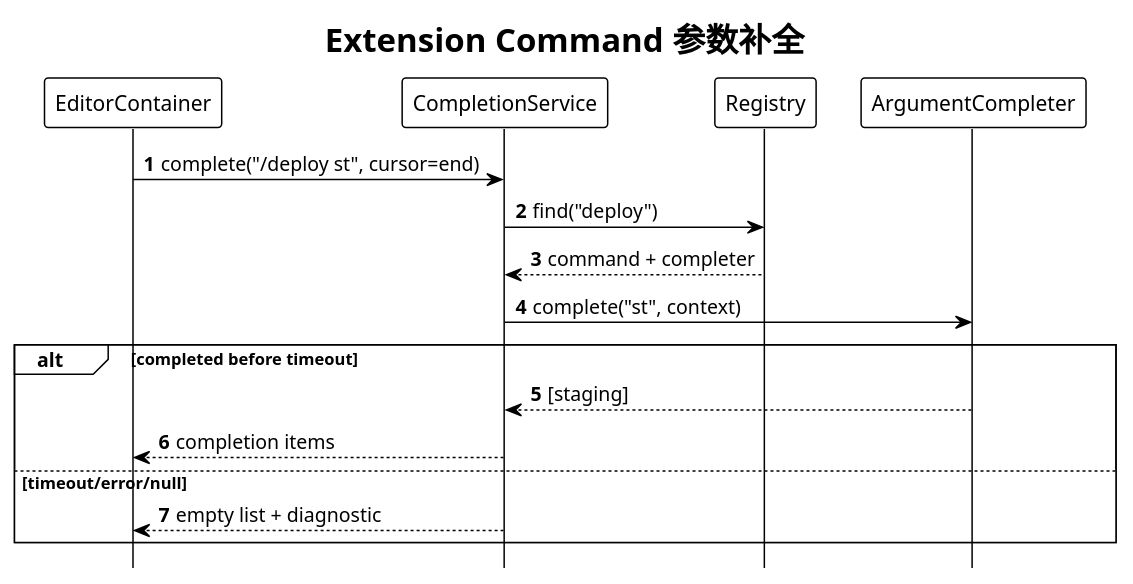
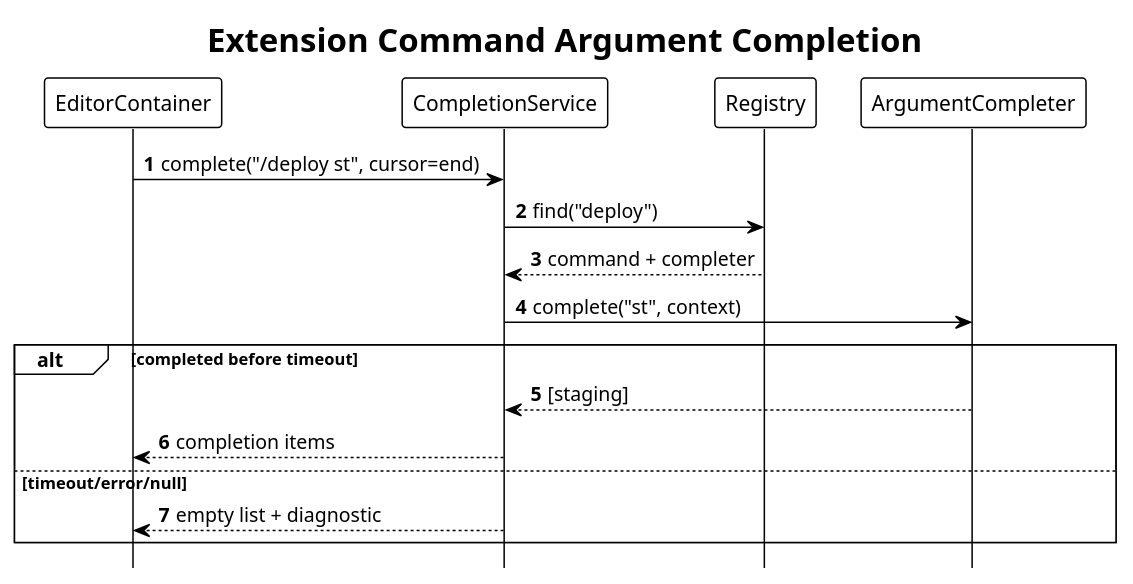
Before and after one commit to superheromeZzh/pi-mono-java-design: diagram 13 of 20 in diagrams/extension-command/diagram.puml, drawn with PlantUML. The commit also changed other lines of this file and 48 other files, not shown here.

Commit message:
docs: require English PlantUML diagrams

```diff
--- a/diagrams/extension-command/diagram.puml
+++ b/diagrams/extension-command/diagram.puml
@@ -472,29 +472,29 @@
 @startuml 13-argument-completion
 ' pi source: packages/coding-agent/src/core/extensions/types.ts:1097-1103
 ' pi source: packages/tui/src/autocomplete.ts:333-358
 ' Design reason: isolate completer timeout/error/null and discard results that cannot safely update the editor.
 !theme plain
 !pragma layout smetana
-skinparam defaultFontName "PingFang SC"
+skinparam defaultFontName "SansSerif"
 skinparam shadowing false
 skinparam backgroundColor transparent
 hide footbox
 autonumber
-title Extension Command 参数补全
+title Extension Command Argument Completion
 
 participant EditorContainer as E
 participant CompletionService as C
 participant Registry as R
 participant ArgumentCompleter as A
 
 E -> C : complete("/deploy st", cursor=end)
 C -> R : find("deploy")
 R --> C : command + completer
 C -> A : complete("st", context)
 alt completed before timeout
   A --> C : [staging]
   C --> E : completion items
 else timeout/error/null
   C --> E : empty list + diagnostic
 end
 @enduml
```
